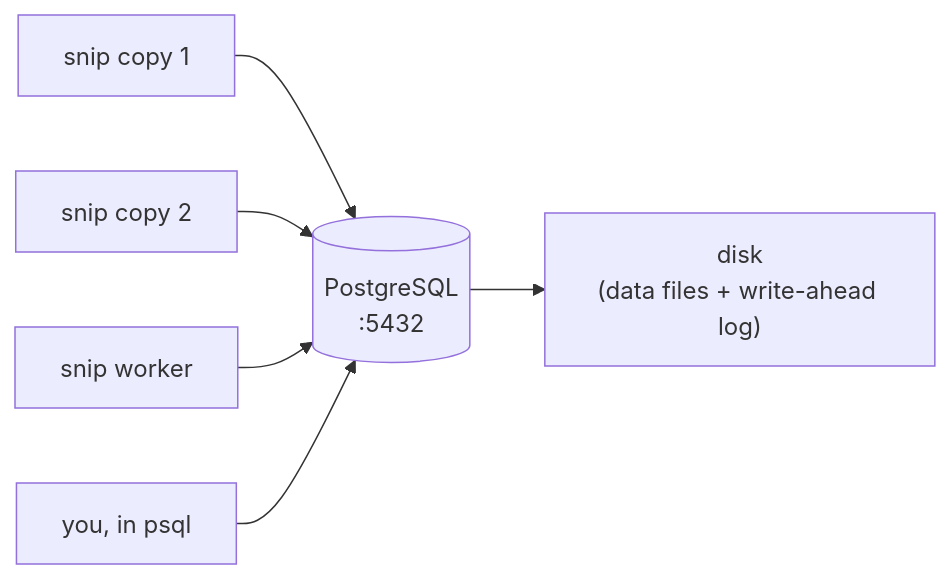
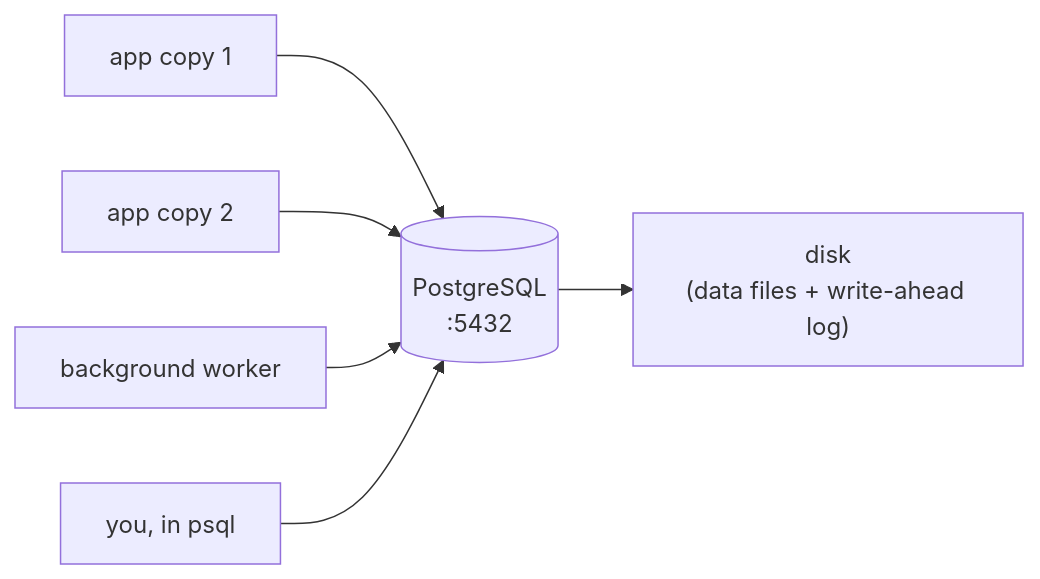
Before and after one commit to jawwadzafar/zero-to-prod: the second of 2 diagrams in docs/data/why-databases.mdx, drawn with Mermaid. The commit also changed other lines of this file, not shown here.

Commit message:
docs: 6.1 Why databases exist opens with the reader's problem (an app that must remember things) instead of snip v0, and moves snip's Postgres code into an 'Apply it to snip' section

````diff
--- a/docs/data/why-databases.mdx
+++ b/docs/data/why-databases.mdx
@@ -78,8 +78,8 @@
 ```mermaid
 flowchart LR
-    A1["snip copy 1"] --> DB[("PostgreSQL<br/>:5432")]
-    A2["snip copy 2"] --> DB
-    W["snip worker"] --> DB
+    A1["app copy 1"] --> DB[("PostgreSQL<br/>:5432")]
+    A2["app copy 2"] --> DB
+    W["background worker"] --> DB
     Y["you, in psql"] --> DB
     DB --> D["disk<br/>(data files + write-ahead log)"]
 ```
````
